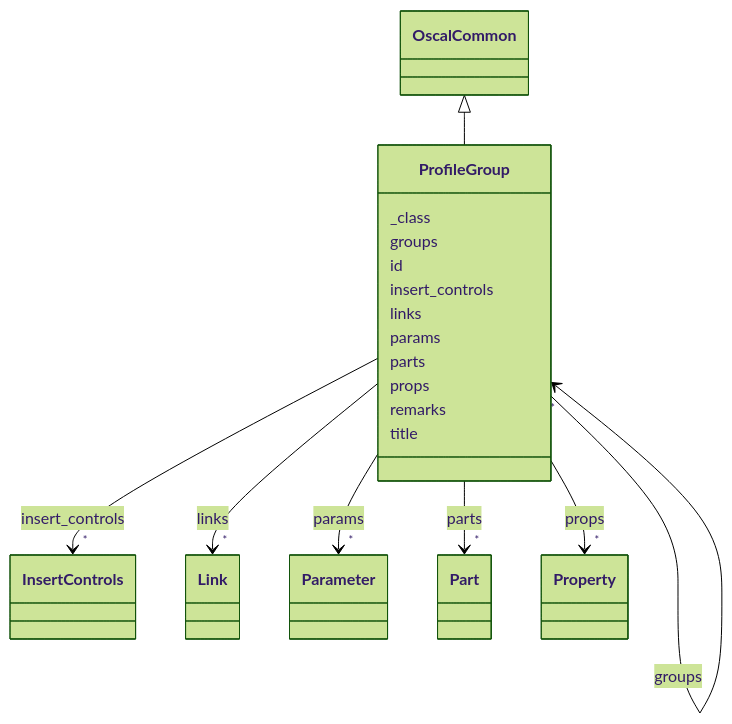
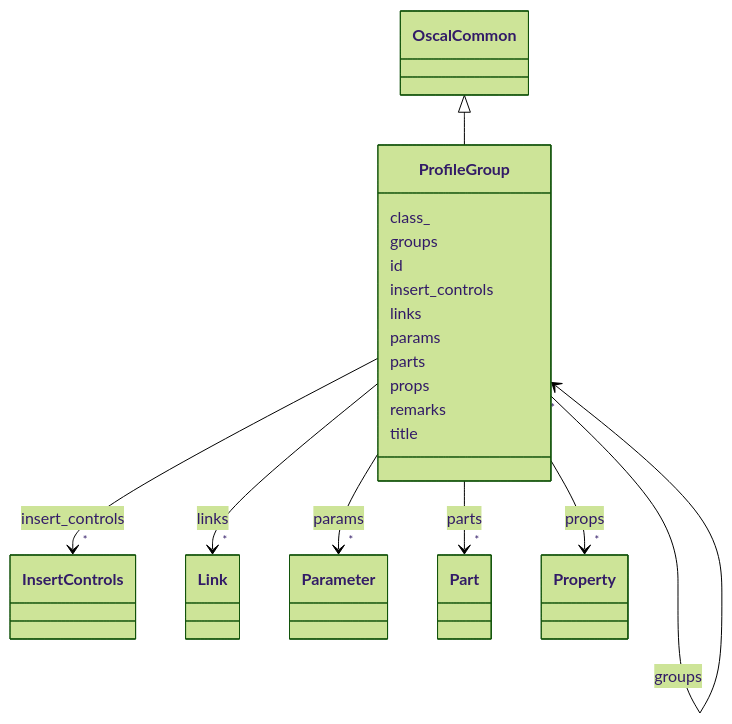
Before and after one commit to lmodel/oscal: the diagram in project/mermaid/ProfileGroup.md, drawn with Mermaid (forest theme). The commit also changed 434 other files, not shown here.

Commit message:
fix(schema): stamp the modules for 1.2.3 and regenerate extended outputs

````diff
--- a/project/mermaid/ProfileGroup.md
+++ b/project/mermaid/ProfileGroup.md
@@ -4,83 +4,83 @@
 ```mermaid
  classDiagram
     class ProfileGroup
     click ProfileGroup href "../ProfileGroup"
       OscalCommon <|-- ProfileGroup
         click OscalCommon href "../OscalCommon"
       
-      ProfileGroup : _class
+      ProfileGroup : class_
         
       ProfileGroup : groups
         
           
     
         
         
         ProfileGroup --> "*" ProfileGroup : groups
         click ProfileGroup href "../ProfileGroup"
     
 
         
       ProfileGroup : id
         
       ProfileGroup : insert_controls
         
           
     
         
         
         ProfileGroup --> "*" InsertControls : insert_controls
         click InsertControls href "../InsertControls"
     
 
         
       ProfileGroup : links
         
           
     
         
         
         ProfileGroup --> "*" Link : links
         click Link href "../Link"
     
 
         
       ProfileGroup : params
         
           
     
         
         
         ProfileGroup --> "*" Parameter : params
         click Parameter href "../Parameter"
     
 
         
       ProfileGroup : parts
         
           
     
         
         
         ProfileGroup --> "*" Part : parts
         click Part href "../Part"
     
 
         
       ProfileGroup : props
         
           
     
         
         
         ProfileGroup --> "*" Property : props
         click Property href "../Property"
     
 
         
       ProfileGroup : remarks
         
       ProfileGroup : title
         
       
 ```
````
